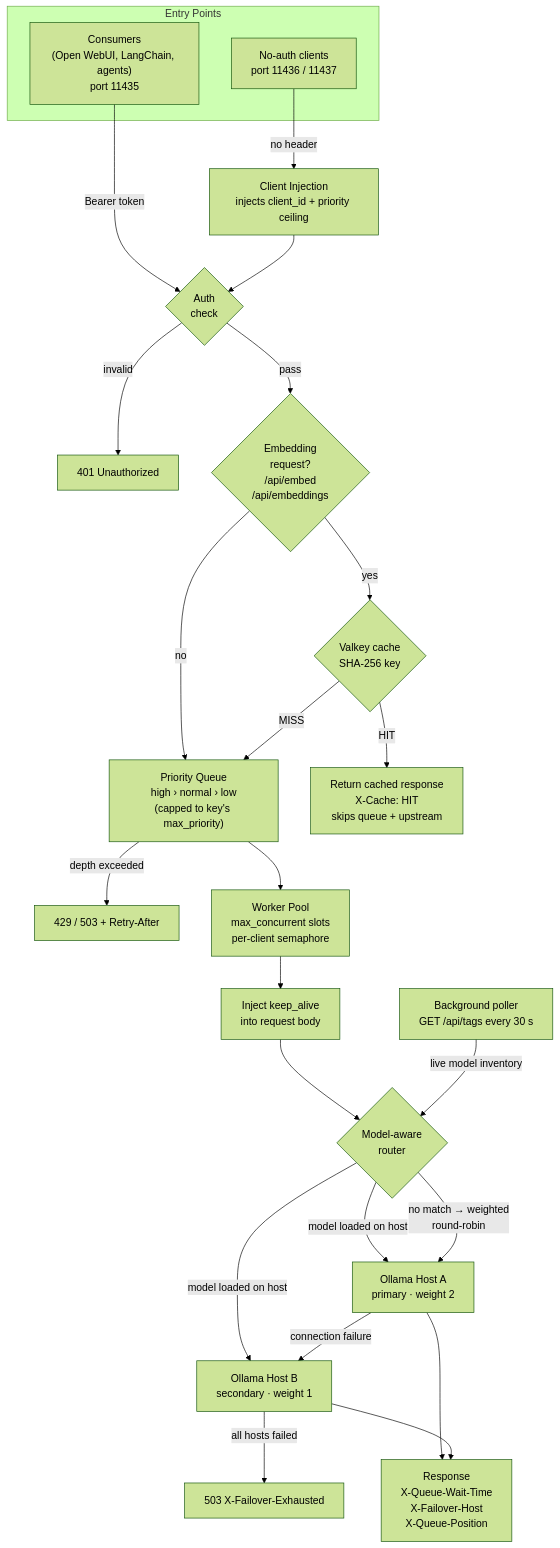
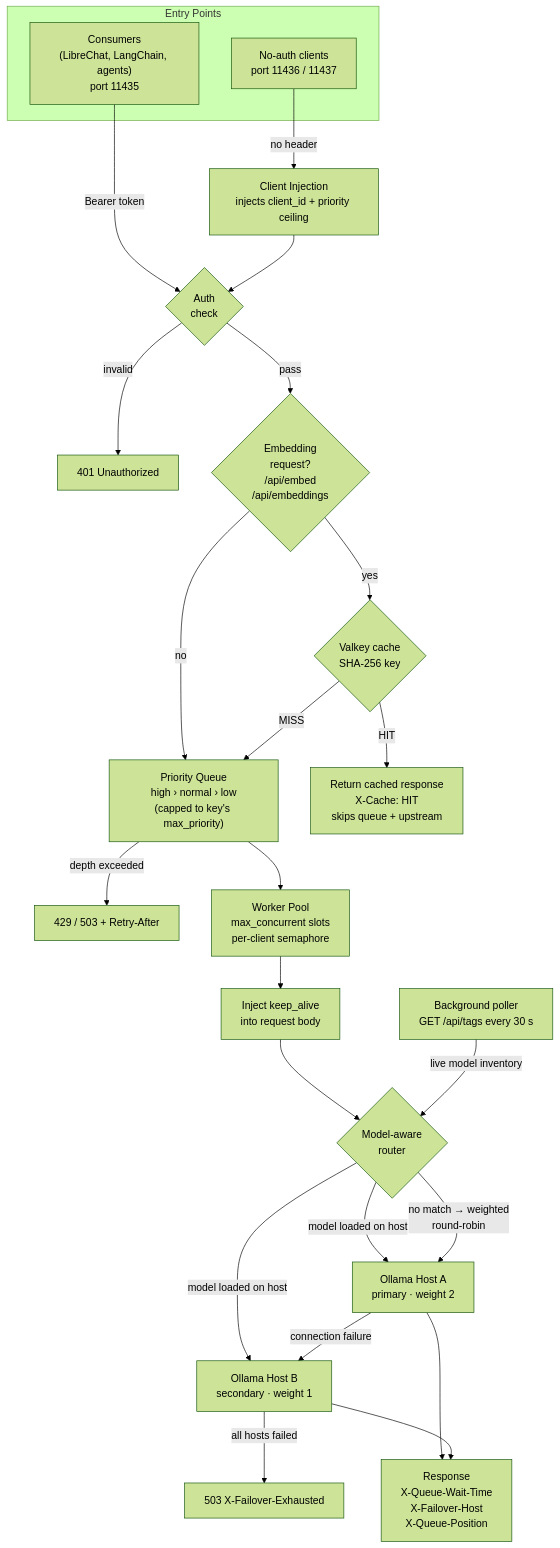
Before and after one commit to TadMSTR/ollama-queue-proxy: the diagram in README.md, drawn with Mermaid (forest theme).

Commit message:
docs: replace Open WebUI with LibreChat in request flow diagram

````diff
--- a/README.md
+++ b/README.md
@@ -51,42 +51,42 @@
 ```mermaid
 flowchart TD
     subgraph Entry["Entry Points"]
-        C1["Consumers\n(Open WebUI, LangChain, agents)\nport 11435"]
+        C1["Consumers\n(LibreChat, LangChain, agents)\nport 11435"]
         C2["No-auth clients\nport 11436 / 11437"]
     end
 
     C1 -->|"Bearer token"| AUTH
     C2 -->|"no header"| INJ["Client Injection\ninjects client_id + priority ceiling"]
     INJ --> AUTH
 
     AUTH{"Auth\ncheck"}
     AUTH -->|"invalid"| E401["401 Unauthorized"]
     AUTH -->|"pass"| EMBED
 
     EMBED{"Embedding\nrequest?\n/api/embed\n/api/embeddings"}
     EMBED -->|"yes"| CACHE{"Valkey cache\nSHA-256 key"}
     EMBED -->|"no"| PRI
 
     CACHE -->|"HIT"| HIT["Return cached response\nX-Cache: HIT\nskips queue + upstream"]
     CACHE -->|"MISS"| PRI
 
     PRI["Priority Queue\nhigh › normal › low\n(capped to key's max_priority)"]
     PRI -->|"depth exceeded"| E503["429 / 503 + Retry-After"]
     PRI --> WORKERS["Worker Pool\nmax_concurrent slots\nper-client semaphore"]
 
     WORKERS --> KA["Inject keep_alive\ninto request body"]
     KA --> ROUTER{"Model-aware\nrouter"}
 
     POLLER["Background poller\nGET /api/tags every 30 s"]
     POLLER -->|"live model inventory"| ROUTER
 
     ROUTER -->|"model loaded on host"| H1["Ollama Host A\nprimary · weight 2"]
     ROUTER -->|"model loaded on host"| H2["Ollama Host B\nsecondary · weight 1"]
     ROUTER -->|"no match → weighted\nround-robin"| H1
 
     H1 -->|"connection failure"| H2
     H2 -->|"all hosts failed"| E502["503 X-Failover-Exhausted"]
 
     H1 --> RESP["Response\nX-Queue-Wait-Time\nX-Failover-Host\nX-Queue-Position"]
     H2 --> RESP
 ```
````
